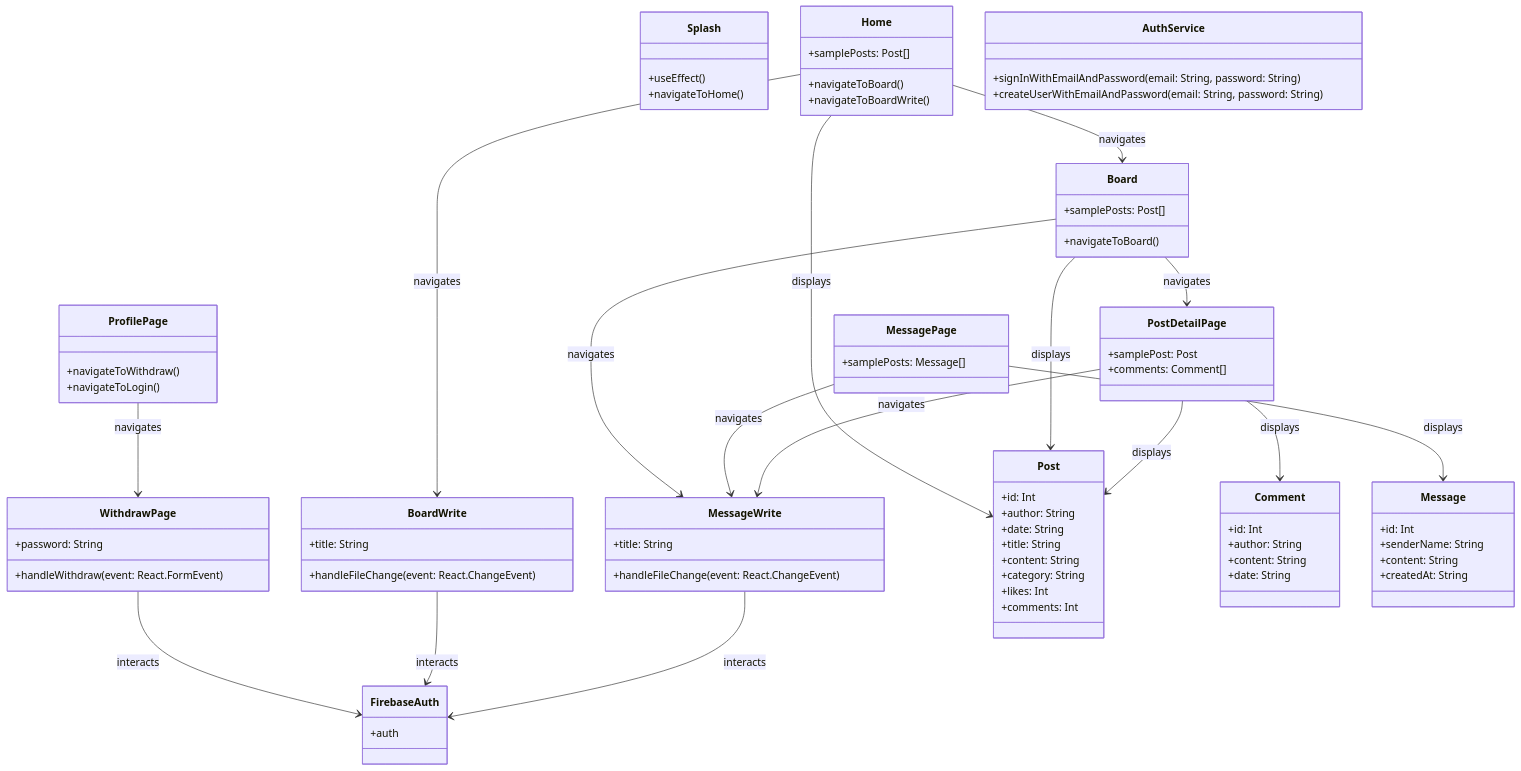
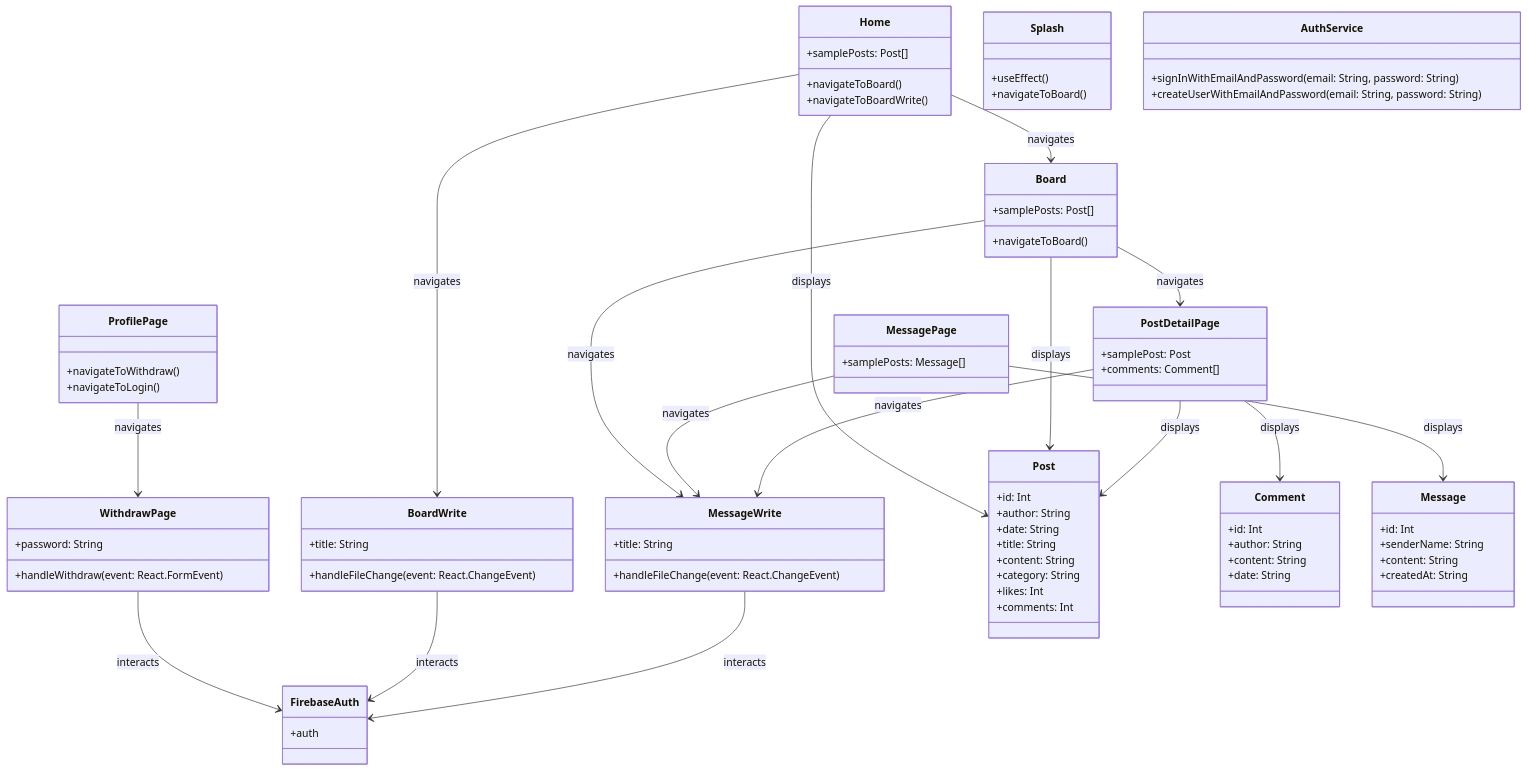
One commit to Playinc-React-NodeJS-etc/Eoullim changed the diagram in README.md. Above: the diagram before and after it, drawn with Mermaid.

````diff
--- a/README.md
+++ b/README.md
@@ -1,12 +1,5 @@
 ```mermaid
 classDiagram
-
-    class Splash {
-        +useEffect()
-        +navigateToHome()
-    }
-
-
     class Home {
         +samplePosts: Post[]
         +navigateToBoard()
@@ -31,6 +24,12 @@
     class ProfilePage {
         +navigateToWithdraw()
         +navigateToLogin()
+    }
+
+    class Splash {
+        +useEffect()
+        +navigateToBoard()
+
     }
 
     class WithdrawPage {
````
